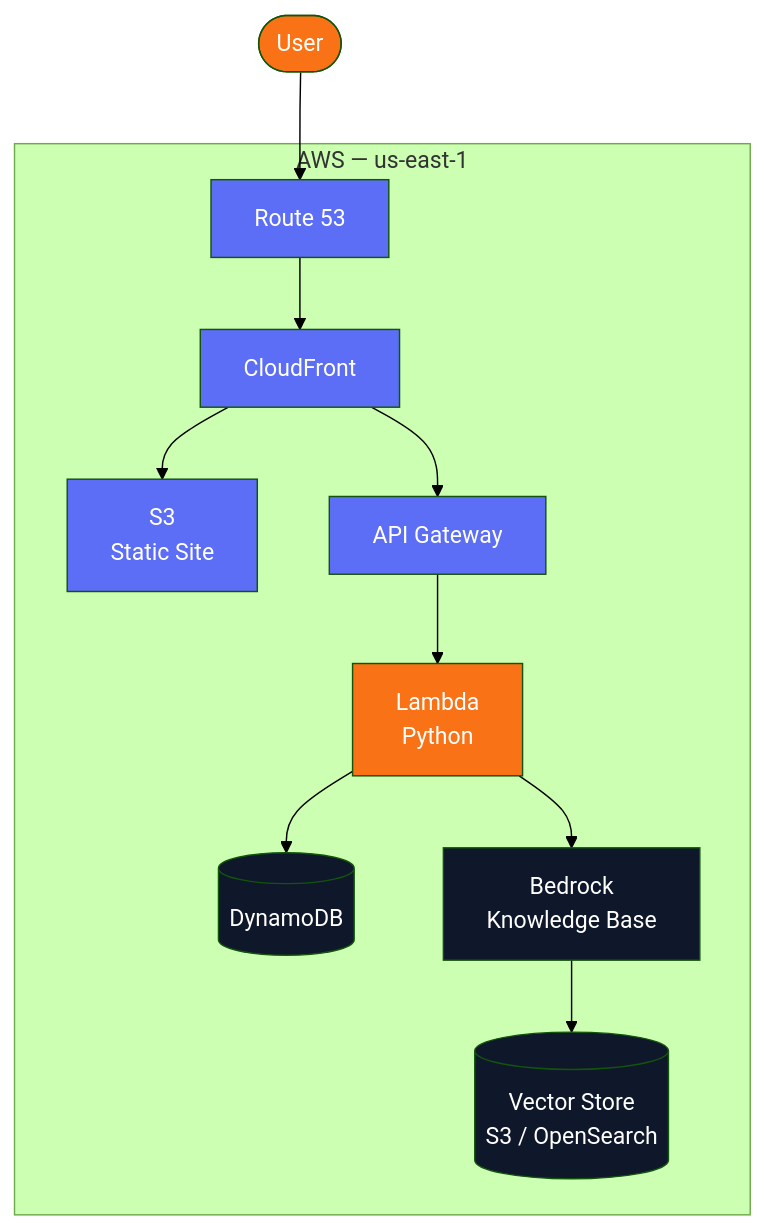
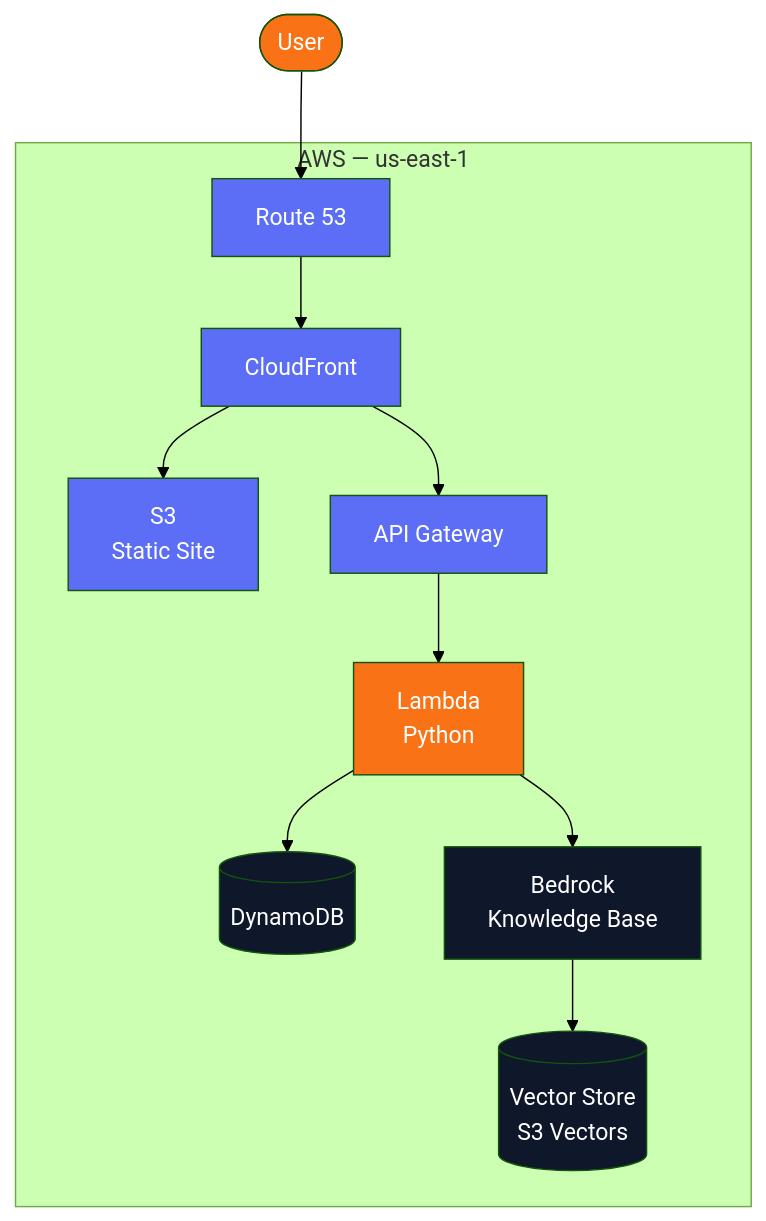
The third of 5 diagrams in docs/tech/architecture-diagram.md (CumulusCycles/EverydayAI-Tutor), drawn with Mermaid (forest theme) before and after one commit. The commit also changed other lines of this file and 9 other files, not shown here.

````diff
--- a/docs/tech/architecture-diagram.md
+++ b/docs/tech/architecture-diagram.md
@@ -81,32 +81,32 @@
 ```mermaid
 flowchart TD
     A([User]) --> B[Route 53]
     B --> C[CloudFront]
     C --> D[S3\nStatic Site]
     C --> E[API Gateway]
     E --> F[Lambda\nPython]
     F --> G[(DynamoDB)]
     F --> H[Bedrock\nKnowledge Base]
-    H --> I[(Vector Store\nS3 / OpenSearch)]
+    H --> I[(Vector Store\nS3 Vectors)]
 
     subgraph AWS [AWS — us-east-1]
         B
         C
         D
         E
         F
         G
         H
         I
     end
 
     style A fill:#F97316,color:#fff
     style B fill:#5B6EF5,color:#fff
     style C fill:#5B6EF5,color:#fff
     style D fill:#5B6EF5,color:#fff
     style E fill:#5B6EF5,color:#fff
     style F fill:#F97316,color:#fff
     style G fill:#0F172A,color:#fff
     style H fill:#0F172A,color:#fff
     style I fill:#0F172A,color:#fff
 ```
````
